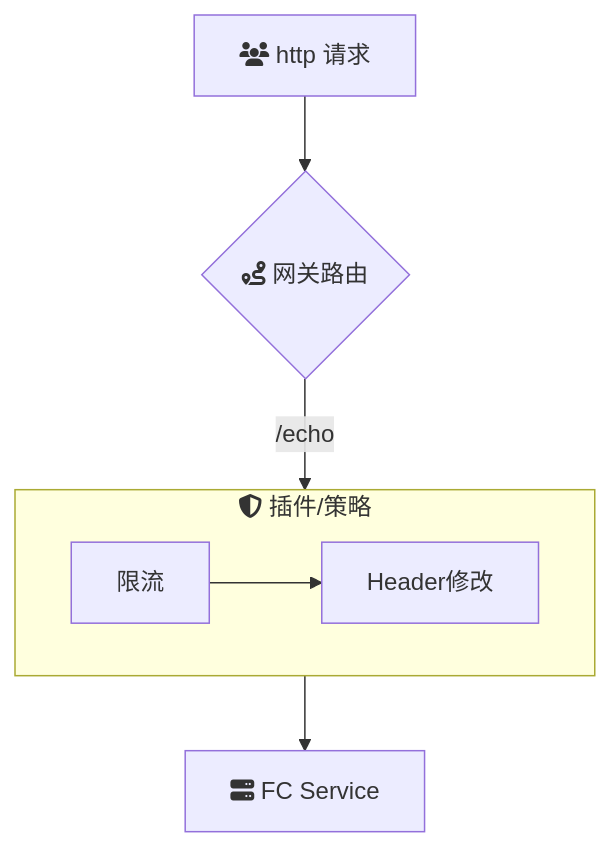
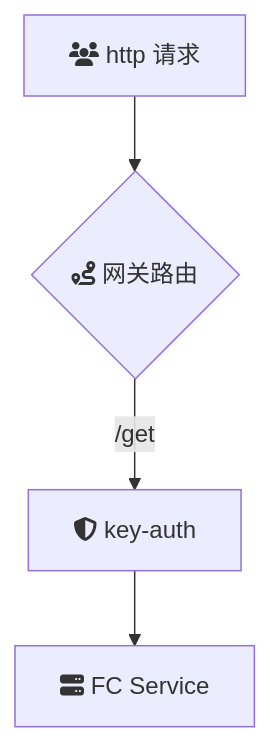
Before and after one commit to msa-group/demo-repository: the diagram in docs/index.md, drawn with Mermaid. The commit also changed other lines of this file and 2 other files, not shown here.

````diff
--- a/docs/index.md
+++ b/docs/index.md
@@ -19,11 +66,6 @@
 ```mermaid
 flowchart TB
 A[fa:fa-users http 请求] --> B{fa:fa-route 网关路由}
-	B -->|/echo| SG
-	subgraph SG [fa:fa-shield-alt 插件/策略]
-		P1[限流]
-		P2[Header修改]
-		P1 --> P2
-	end
-	SG --> Backend[fa:fa-server FC Service]
+	B -->|/get| P1[fa:fa-shield-alt key-auth]
+	P1 --> Backend[fa:fa-server FC Service]
 ```
````
